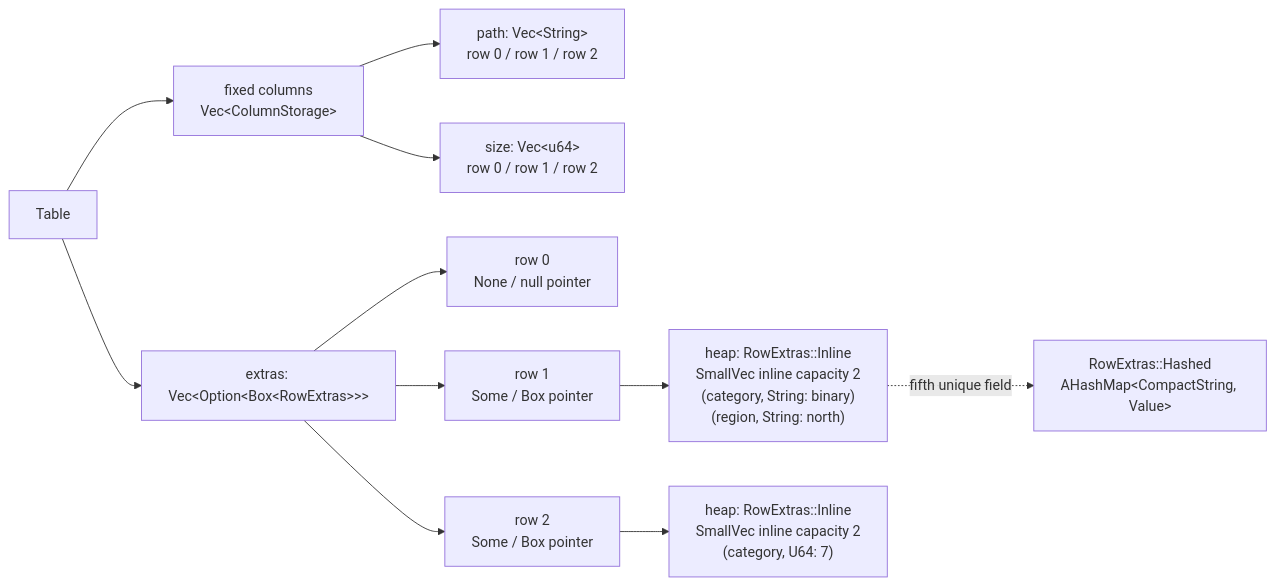
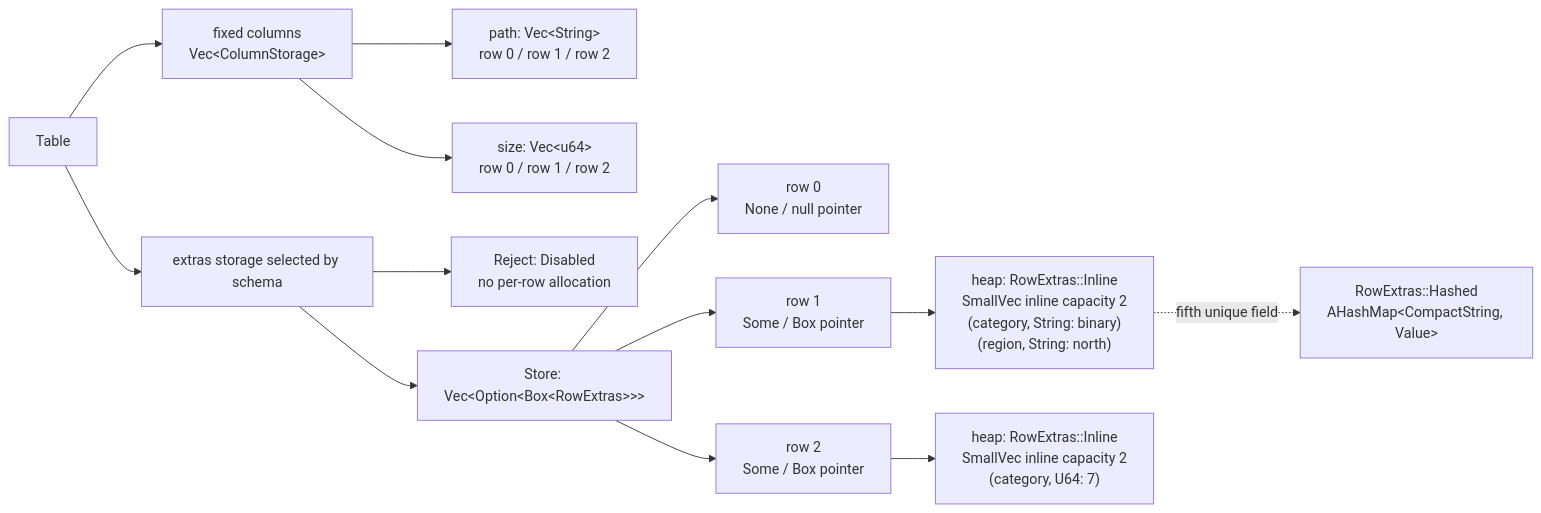
One commit to kjn-void/gd-rs changed the second of 2 diagrams in docs/high-level/table.md. Above: the diagram before and after it, drawn with Mermaid. The commit also changed other lines of this file and 6 other files, not shown here.

First line of the commit message:
Elide extras storage for closed schemas

````diff
--- a/docs/high-level/table.md
+++ b/docs/high-level/table.md
@@ -45,16 +45,18 @@
 ```mermaid
 flowchart LR
     Table["Table"] --> Fixed["fixed columns<br/>Vec&lt;ColumnStorage&gt;"]
     Fixed --> Path["path: Vec&lt;String&gt;<br/>row 0 / row 1 / row 2"]
     Fixed --> Size["size: Vec&lt;u64&gt;<br/>row 0 / row 1 / row 2"]
 
-    Table --> Sidecar["extras: Vec&lt;Option&lt;Box&lt;RowExtras&gt;&gt;&gt;"]
+    Table --> Policy["extras storage selected by schema"]
+    Policy --> Closed["Reject: Disabled<br/>no per-row allocation"]
+    Policy --> Sidecar["Store: Vec&lt;Option&lt;Box&lt;RowExtras&gt;&gt;&gt;"]
     Sidecar --> Slot0["row 0<br/>None / null pointer"]
     Sidecar --> Slot1["row 1<br/>Some / Box pointer"]
     Sidecar --> Slot2["row 2<br/>Some / Box pointer"]
 
     Slot1 --> Heap1["heap: RowExtras::Inline<br/>SmallVec inline capacity 2<br/>(category, String: binary)<br/>(region, String: north)"]
     Slot2 --> Heap2["heap: RowExtras::Inline<br/>SmallVec inline capacity 2<br/>(category, U64: 7)"]
 
     Heap1 -. "fifth unique field" .-> Hashed["RowExtras::Hashed<br/>AHashMap&lt;CompactString, Value&gt;"]
 ```
````
